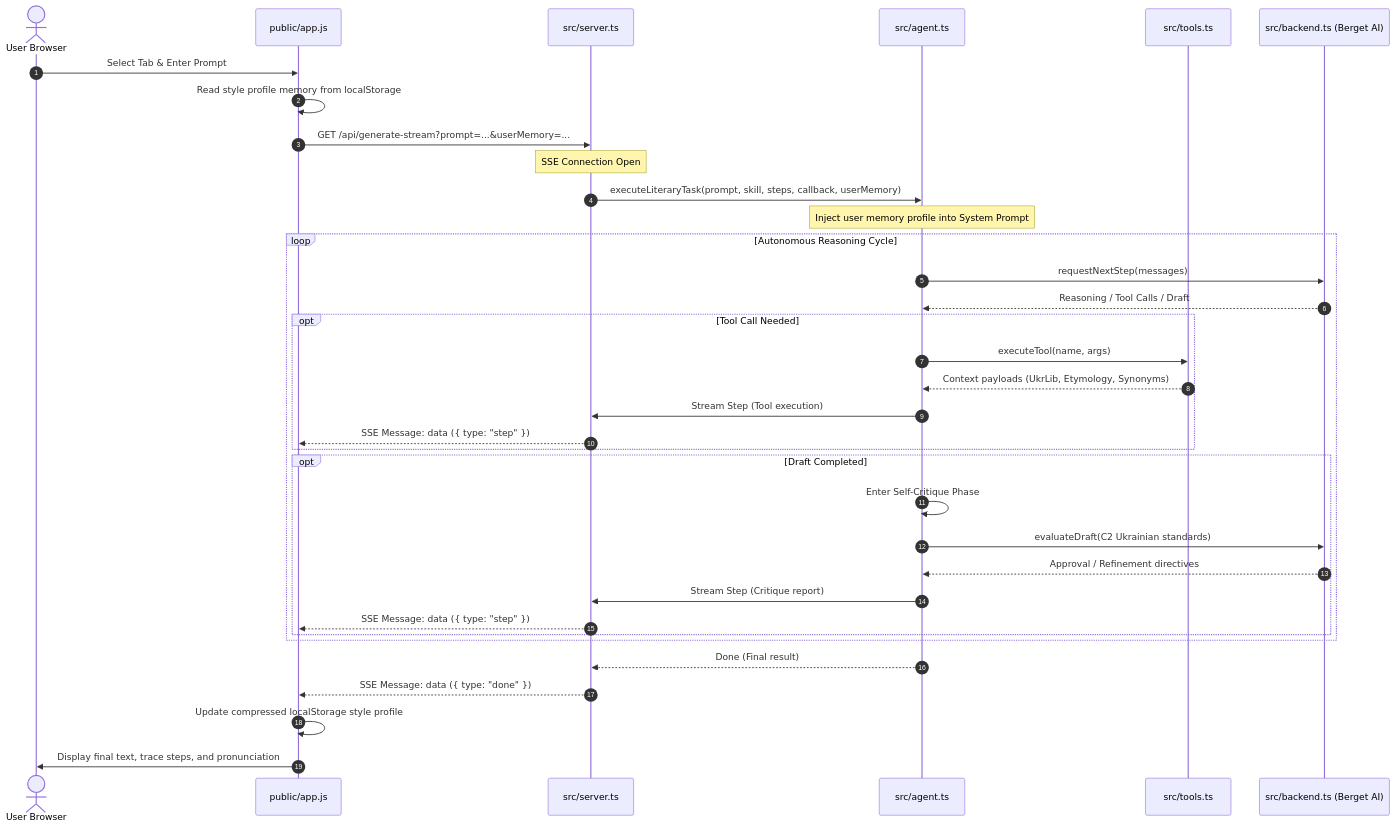
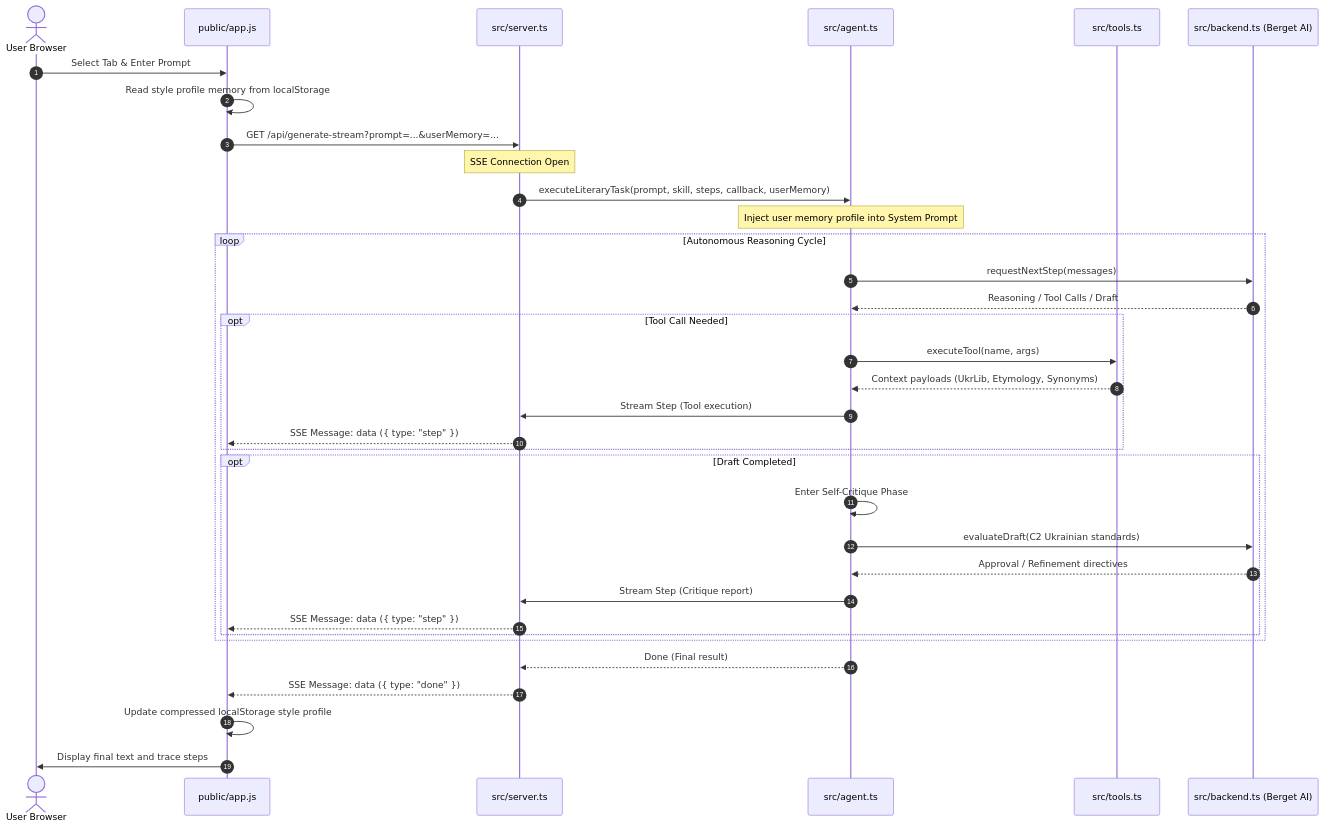
The diagram in docs/architecture_guide_en.md (katsufu/UUIR-assignment2_aiagent), drawn with Mermaid before and after one commit. The commit also changed 9 other files, not shown here.

Commit message:
Refactor: Remove phonetics logic, update architecture guide, add Multi-Style Polishing robust rules, fix prompt fallback and UI synchronization

````diff
--- a/docs/architecture_guide_en.md
+++ b/docs/architecture_guide_en.md
@@ -75,42 +75,42 @@
 ```mermaid
 sequenceDiagram
     autonumber
     actor User as User Browser
     participant app as public/app.js
     participant Server as src/server.ts
     participant Agent as src/agent.ts
     participant DB as src/tools.ts
     participant LLM as src/backend.ts (Berget AI)
 
     User->>app: Select Tab & Enter Prompt
     app->>app: Read style profile memory from localStorage
     app->>Server: GET /api/generate-stream?prompt=...&userMemory=...
     Note over Server: SSE Connection Open
     Server->>Agent: executeLiteraryTask(prompt, skill, steps, callback, userMemory)
     Note over Agent: Inject user memory profile into System Prompt
     
     loop Autonomous Reasoning Cycle
         Agent->>LLM: requestNextStep(messages)
         LLM-->>Agent: Reasoning / Tool Calls / Draft
         
         opt Tool Call Needed
             Agent->>DB: executeTool(name, args)
             DB-->>Agent: Context payloads (UkrLib, Etymology, Synonyms)
             Agent->>Server: Stream Step (Tool execution)
             Server-->>app: SSE Message: data ({ type: "step" })
         end
 
         opt Draft Completed
             Agent->>Agent: Enter Self-Critique Phase
             Agent->>LLM: evaluateDraft(C2 Ukrainian standards)
             LLM-->>Agent: Approval / Refinement directives
             Agent->>Server: Stream Step (Critique report)
             Server-->>app: SSE Message: data ({ type: "step" })
         end
     end
 
     Agent-->>Server: Done (Final result)
     Server-->>app: SSE Message: data ({ type: "done" })
     app->>app: Update compressed localStorage style profile
-    app->>User: Display final text, trace steps, and pronunciation
+    app->>User: Display final text and trace steps
 ```
````
